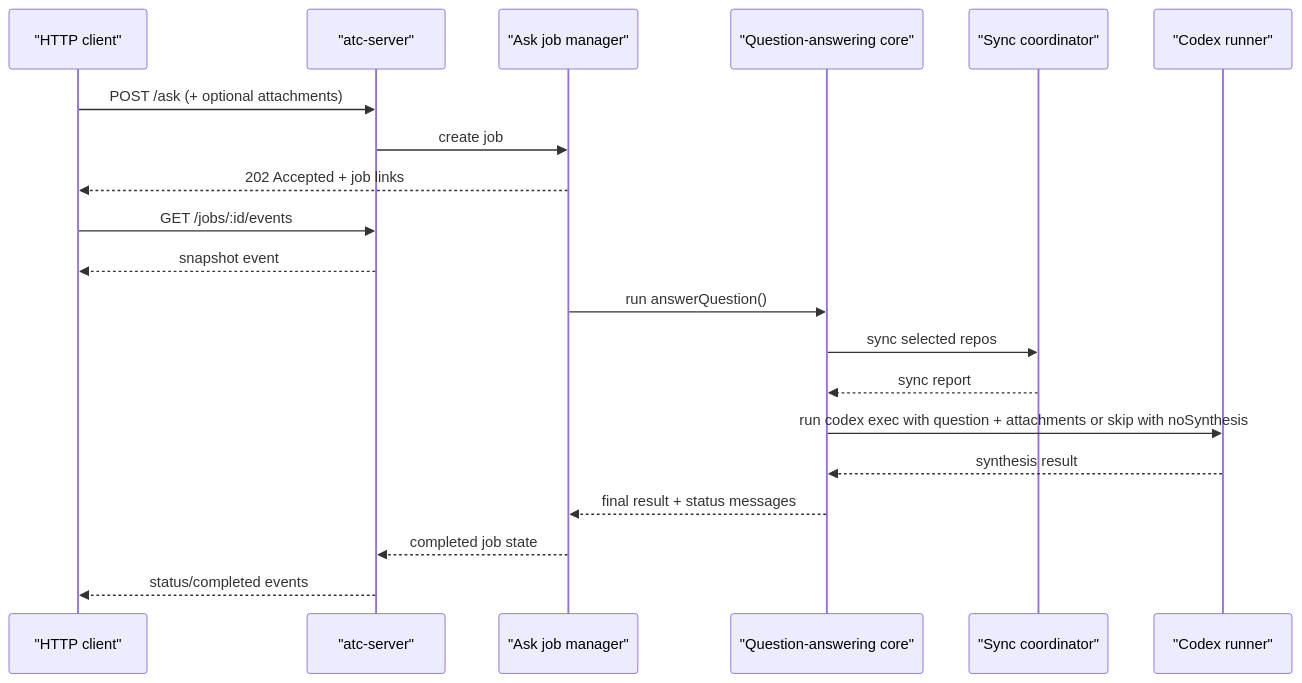
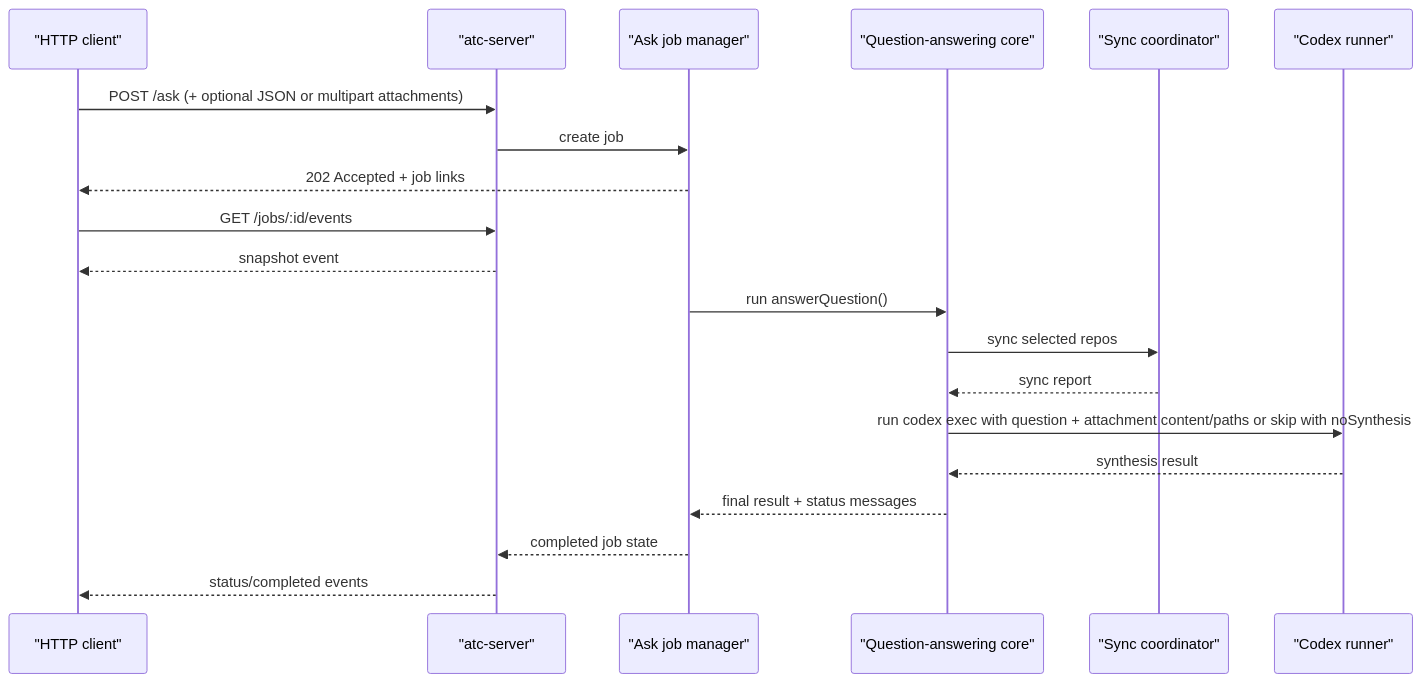
The second of 2 diagrams in specs/architecture.md (leanish/archa), drawn with Mermaid before and after one commit. The commit also changed other lines of this file and 35 other files, not shown here.

````diff
--- a/specs/architecture.md
+++ b/specs/architecture.md
@@ -53,25 +53,25 @@
 ```mermaid
 sequenceDiagram
   participant Client as "HTTP client"
   participant Server as "atc-server"
   participant Jobs as "Ask job manager"
   participant Core as "Question-answering core"
   participant Sync as "Sync coordinator"
   participant Codex as "Codex runner"
 
-  Client->>Server: POST /ask (+ optional attachments)
+  Client->>Server: POST /ask (+ optional JSON or multipart attachments)
   Server->>Jobs: create job
   Jobs-->>Client: 202 Accepted + job links
 
   Client->>Server: GET /jobs/:id/events
   Server-->>Client: snapshot event
 
   Jobs->>Core: run answerQuestion()
   Core->>Sync: sync selected repos
   Sync-->>Core: sync report
-  Core->>Codex: run codex exec with question + attachments or skip with noSynthesis
+  Core->>Codex: run codex exec with question + attachment content/paths or skip with noSynthesis
   Codex-->>Core: synthesis result
   Core-->>Jobs: final result + status messages
   Jobs-->>Server: completed job state
   Server-->>Client: status/completed events
 ```
````
